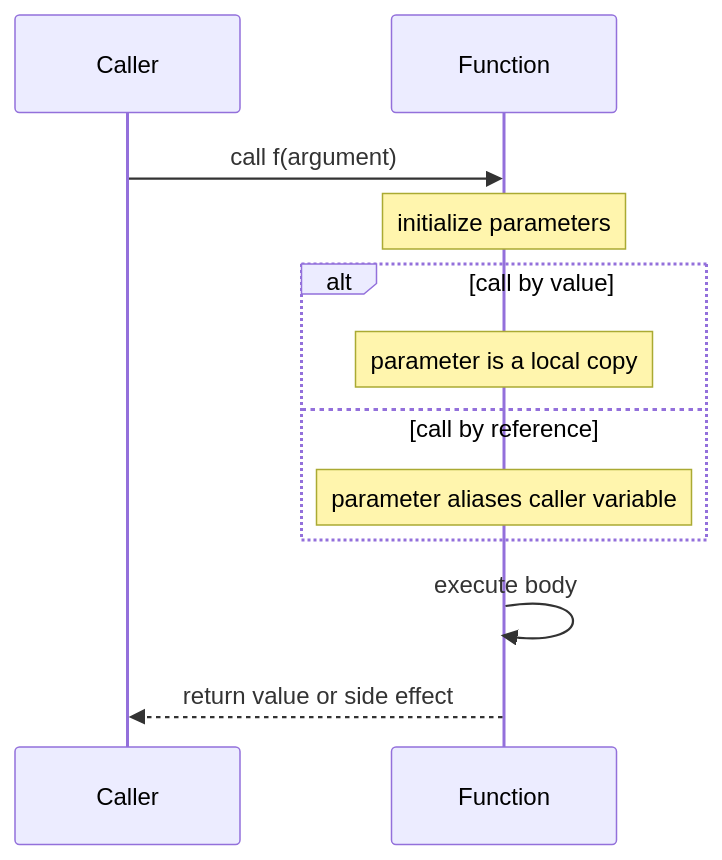
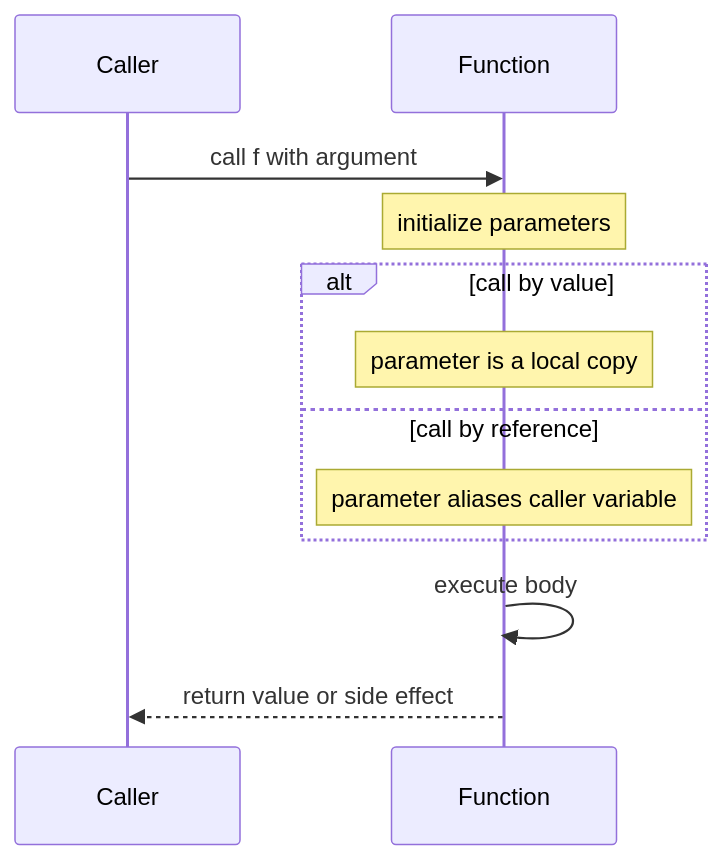
Before and after one commit to justinbrianhwang/SJ-wiki: the diagram in docs/cs/programming/cpp/functions-parameters-and-scope.md, drawn with Mermaid. The commit also changed other lines of this file and 166 other files, not shown here.

````diff
--- a/docs/cs/programming/cpp/functions-parameters-and-scope.md
+++ b/docs/cs/programming/cpp/functions-parameters-and-scope.md
@@ -135,14 +154,14 @@
 ```mermaid
 sequenceDiagram
   participant Caller
   participant Function
-  Caller->>Function: call f(argument)
+  Caller->>Function: call f with argument
   Note over Function: initialize parameters
   alt call by value
     Note over Function: parameter is a local copy
   else call by reference
     Note over Function: parameter aliases caller variable
   end
   Function->>Function: execute body
   Function-->>Caller: return value or side effect
 ```
````
